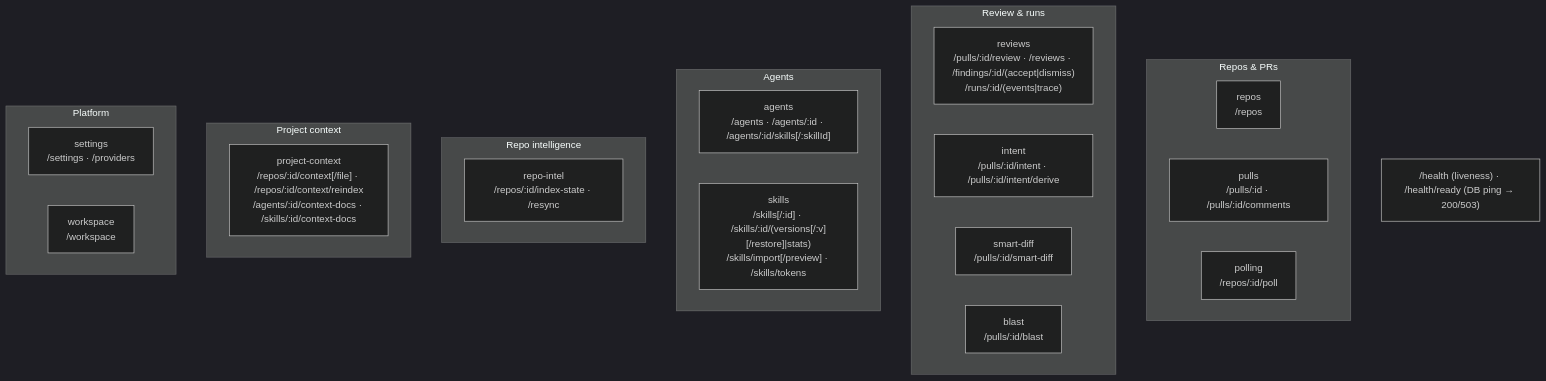
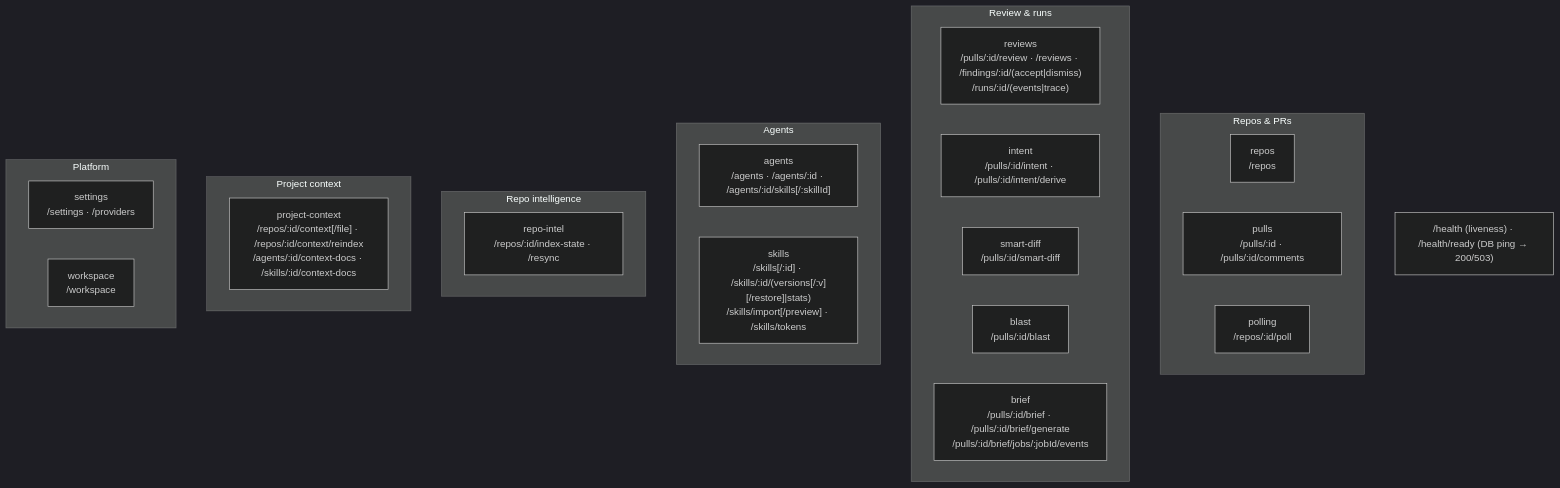
Before and after one commit to shofulk/dev-digest: the second of 2 diagrams in server/README.md, drawn with Mermaid (dark theme). The commit also changed other lines of this file and 88 other files, not shown here.

````diff
--- a/server/README.md
+++ b/server/README.md
@@ -64,29 +64,30 @@
 ```mermaid
 flowchart TB
   subgraph Repos_PRs["Repos & PRs"]
     repos["repos<br/>/repos"]
     pulls["pulls<br/>/pulls/:id · /pulls/:id/comments"]
     polling["polling<br/>/repos/:id/poll"]
   end
   subgraph Review["Review & runs"]
     reviews["reviews<br/>/pulls/:id/review · /reviews · /findings/:id/(accept|dismiss)<br/>/runs/:id/(events|trace)"]
     intent["intent<br/>/pulls/:id/intent · /pulls/:id/intent/derive"]
     smartDiff["smart-diff<br/>/pulls/:id/smart-diff"]
     blast["blast<br/>/pulls/:id/blast"]
+    brief["brief<br/>/pulls/:id/brief · /pulls/:id/brief/generate<br/>/pulls/:id/brief/jobs/:jobId/events"]
   end
   subgraph Agents["Agents"]
     agents["agents<br/>/agents · /agents/:id · /agents/:id/skills[/:skillId]"]
     skills["skills<br/>/skills[/:id] · /skills/:id/(versions[/:v][/restore]|stats)<br/>/skills/import[/preview] · /skills/tokens"]
   end
   subgraph Intel["Repo intelligence"]
     repoIntel["repo-intel<br/>/repos/:id/index-state · /resync"]
   end
   subgraph ProjectContext["Project context"]
     projectContext["project-context<br/>/repos/:id/context[/file] · /repos/:id/context/reindex<br/>/agents/:id/context-docs · /skills/:id/context-docs"]
   end
   subgraph Platform["Platform"]
     settings["settings<br/>/settings · /providers"]
     workspace["workspace<br/>/workspace"]
   end
   HEALTH["/health (liveness) · /health/ready (DB ping → 200/503)"]
 ```
````
